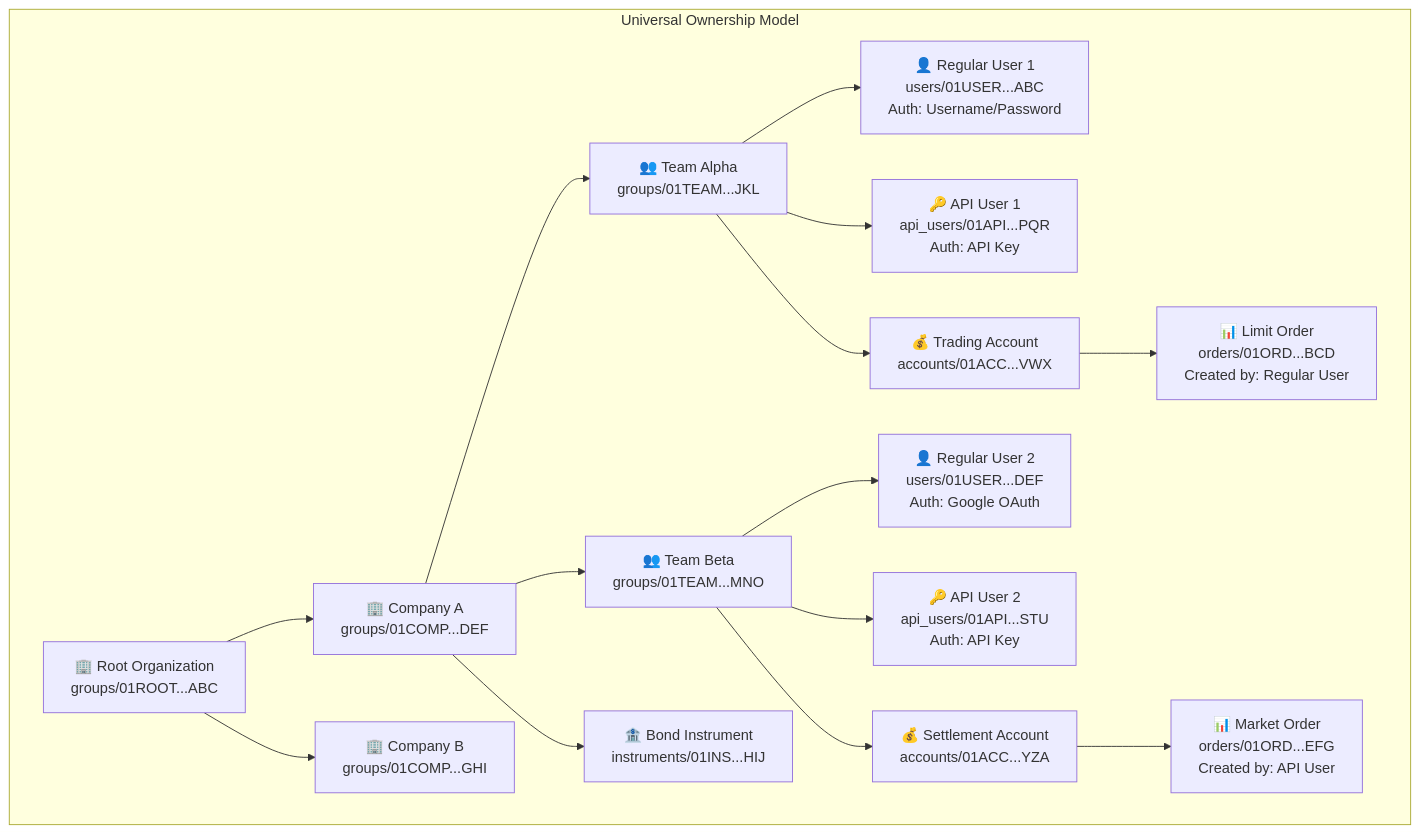
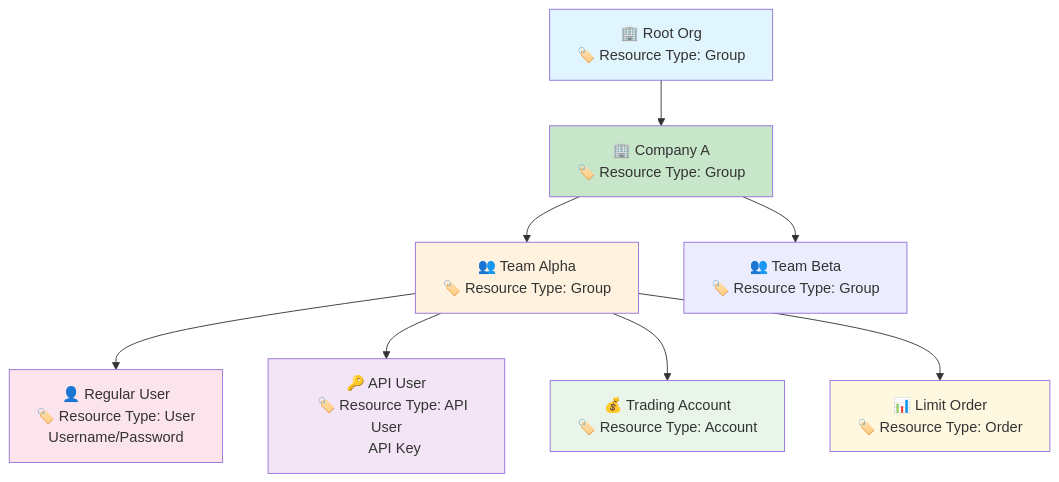
Before and after one commit to meshtrade/api: the second of 6 diagrams in docs/docs/architecture/resource-hierarchy.mdx, drawn with Mermaid. The commit also changed other lines of this file and 5 other files, not shown here.

````diff
--- a/docs/docs/architecture/resource-hierarchy.mdx
+++ b/docs/docs/architecture/resource-hierarchy.mdx
@@ -95,65 +67,38 @@
 ```mermaid
 graph TD
-    subgraph "Universal Ownership Model"
-        Root["🏢 Root Organization
-groups/01ROOT...ABC"]
-        
-        CompanyA["🏢 Company A
-groups/01COMP...DEF"]
-        CompanyB["🏢 Company B
-groups/01COMP...GHI"]
-        
-        TeamAlpha["👥 Team Alpha
-groups/01TEAM...JKL"]
-        TeamBeta["👥 Team Beta
-groups/01TEAM...MNO"]
-        
-        RegUser1["👤 Regular User 1
-users/01USER...ABC
-Auth: Username/Password"]
-        ApiUser1["🔑 API User 1
-api_users/01API...PQR
-Auth: API Key"]
-        
-        RegUser2["👤 Regular User 2
-users/01USER...DEF
-Auth: Google OAuth"]
-        ApiUser2["🔑 API User 2
-api_users/01API...STU
-Auth: API Key"]
-        
-        Account1["💰 Trading Account
-accounts/01ACC...VWX"]
-        Account2["💰 Settlement Account
-accounts/01ACC...YZA"]
-        
-        Order1["📊 Limit Order
-orders/01ORD...BCD
-Created by: Regular User"]
-        Order2["📊 Market Order
-orders/01ORD...EFG
-Created by: API User"]
-        
-        Instrument1["🏦 Bond Instrument
-instruments/01INS...HIJ"]
-        
-        Root --> CompanyA
-        Root --> CompanyB
-        
-        CompanyA --> TeamAlpha
-        CompanyA --> TeamBeta
-        
-        TeamAlpha --> RegUser1
-        TeamAlpha --> ApiUser1
-        TeamBeta --> RegUser2
-        TeamBeta --> ApiUser2
-        
-        TeamAlpha --> Account1
-        TeamBeta --> Account2
-        
-        Account1 --> Order1
-        Account2 --> Order2
-        
-        CompanyA --> Instrument1
-    end
+    Root["🏢 Root Org
+    🏷️ Resource Type: Group"]
+    CompanyA["🏢 Company A
+    🏷️ Resource Type: Group"]
+    TeamA["👥 Team Alpha
+    🏷️ Resource Type: Group"]
+    TeamB["👥 Team Beta
+    🏷️ Resource Type: Group"]
+
+    RegUser1["👤 Regular User
+    🏷️ Resource Type: User
+    Username/Password"]
+    ApiUser1["🔑 API User
+    🏷️ Resource Type: API User
+    API Key"]
+    Account1["💰 Trading Account
+    🏷️ Resource Type: Account"]
+    Order1["📊 Limit Order
+    🏷️ Resource Type: Order"]
+
+    Root --> CompanyA
+    CompanyA --> TeamA
+    CompanyA --> TeamB
+    TeamA --> RegUser1
+    TeamA --> ApiUser1
+    TeamA --> Account1
+    TeamA --> Order1
+
+    style Root fill:#e1f5fe
+    style CompanyA fill:#c8e6c9
+    style TeamA fill:#fff3e0
+    style RegUser1 fill:#fce4ec
+    style ApiUser1 fill:#f3e5f5
+    style Account1 fill:#e8f5e8
+    style Order1 fill:#fff8e1
 ```
````
